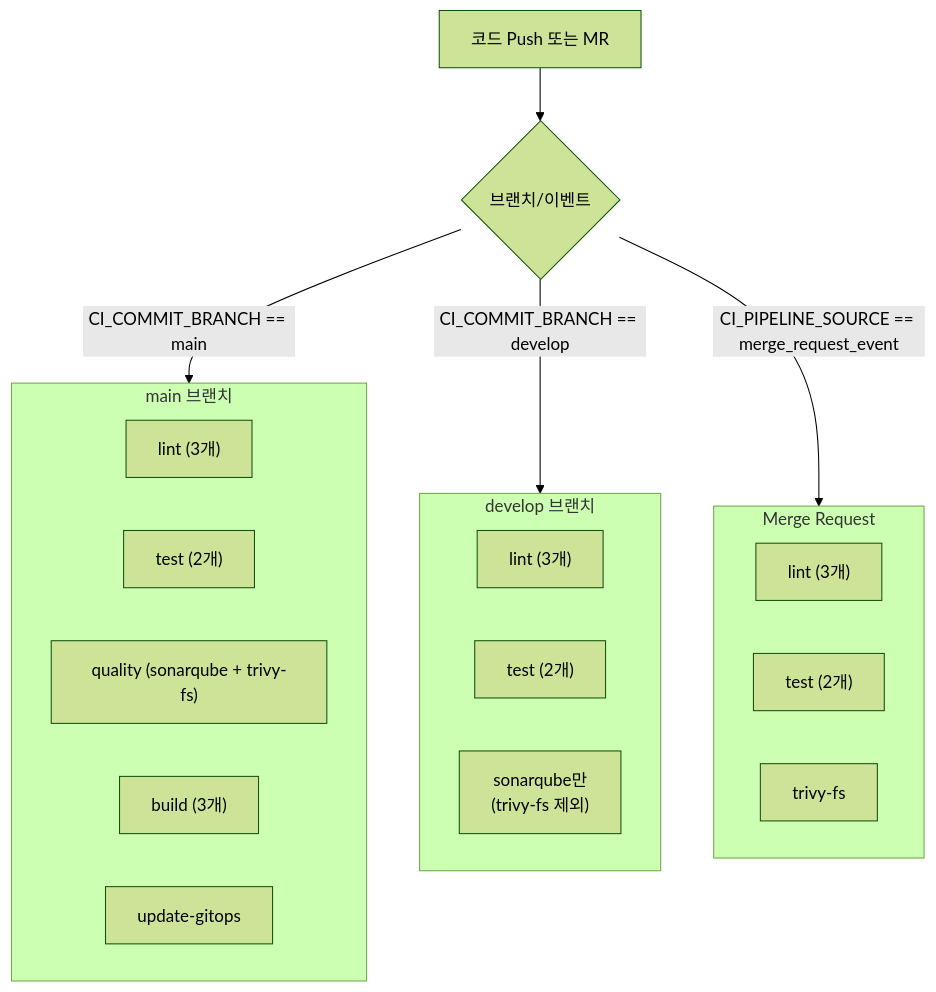
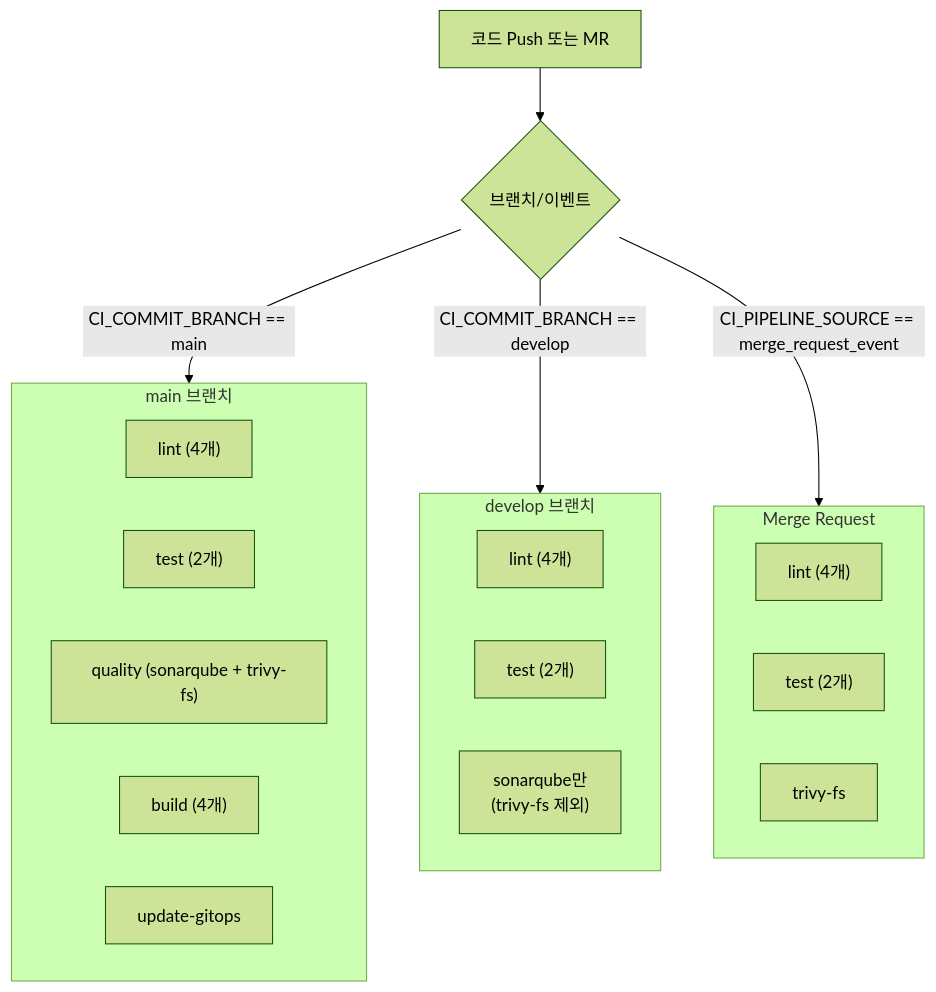
One commit to k82022603/RummiArena changed the sixth of 6 diagrams in docs/03-development/11-devsecops-cicd-guide.md. Above: the diagram before and after it, drawn with Mermaid (forest theme). The commit also changed other lines of this file and 2 other files, not shown here.

````diff
--- a/docs/03-development/11-devsecops-cicd-guide.md
+++ b/docs/03-development/11-devsecops-cicd-guide.md
@@ -625,30 +671,30 @@
 ```mermaid
 flowchart TB
     Push["코드 Push 또는 MR"]
     BranchCheck{"`브랜치/이벤트`"}
 
     subgraph MAIN["main 브랜치"]
-        M_LINT["lint (3개)"]
+        M_LINT["lint (4개)"]
         M_TEST["test (2개)"]
         M_QUALITY["quality (sonarqube + trivy-fs)"]
-        M_BUILD["build (3개)"]
+        M_BUILD["build (4개)"]
         M_GITOPS["update-gitops"]
     end
 
     subgraph DEV["develop 브랜치"]
-        D_LINT["lint (3개)"]
+        D_LINT["lint (4개)"]
         D_TEST["test (2개)"]
         D_QUALITY["sonarqube만\n(trivy-fs 제외)"]
     end
 
     subgraph MR["Merge Request"]
-        MR_LINT["lint (3개)"]
+        MR_LINT["lint (4개)"]
         MR_TEST["test (2개)"]
         MR_TRIVY["trivy-fs"]
     end
 
     Push --> BranchCheck
     BranchCheck -->|"CI_COMMIT_BRANCH == main"| MAIN
     BranchCheck -->|"CI_COMMIT_BRANCH == develop"| DEV
     BranchCheck -->|"CI_PIPELINE_SOURCE == merge_request_event"| MR
 ```
````
